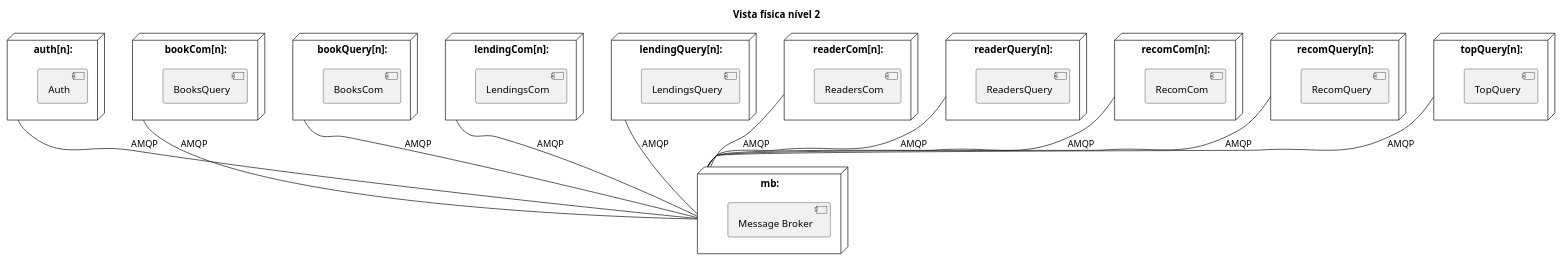
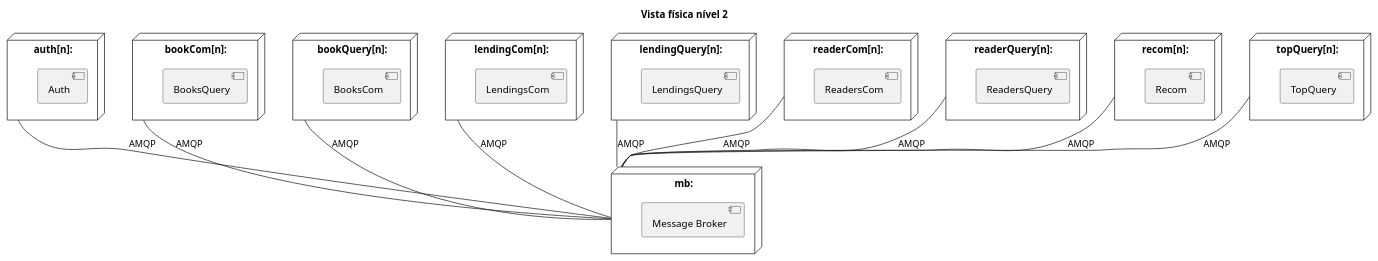
Before and after one commit to GitHubCatarina/SIDIS: the diagram in Docs/Design/Entrega3/Vistas Físicas/Nível 2/Nivel2.puml, drawn with PlantUML. The commit also changed 3 other files, not shown here.

```diff
--- a/Docs/Design/Entrega3/Vistas Físicas/Nível 2/Nivel2.puml
+++ b/Docs/Design/Entrega3/Vistas Físicas/Nível 2/Nivel2.puml
@@ -1,65 +1,60 @@
 @startuml
  'https://plantuml.com/class-diagram
 
 title Vista física nível 2
 
  hide circle
  skinparam classAttributeIconSize 0
 
 node "mb:" as messageBroker {
     [Message Broker]
 }
 
 node "auth[n]:" as auth {
     [Auth]
 }
 
 node "bookCom[n]:" as bookCom {
     [BooksQuery]
 }
 
 node "bookQuery[n]:" as bookQuery {
     [BooksCom]
 }
 
 node "lendingCom[n]:" as lendingCom {
     [LendingsCom]
 }
 
 node "lendingQuery[n]:" as lendingQuery {
     [LendingsQuery]
 }
 
 node "readerCom[n]:" as readerCom {
     [ReadersCom]
 }
 
 node "readerQuery[n]:" as readerQuery {
     [ReadersQuery]
 }
 
-node "recomCom[n]:" as recomCom {
-    [RecomCom]
-}
-
-node "recomQuery[n]:" as recomQuery {
-    [RecomQuery]
+node "recom[n]:" as recom {
+    [Recom]
 }
 
 node "topQuery[n]:" as top {
     [TopQuery]
 }
 
 
 auth -- messageBroker : AMQP
 bookCom -- messageBroker : AMQP
 bookQuery -- messageBroker : AMQP
 lendingCom -- messageBroker : AMQP
 lendingQuery -- messageBroker : AMQP
 readerCom -- messageBroker : AMQP
 readerQuery -- messageBroker : AMQP
-recomCom -- messageBroker : AMQP
-recomQuery -- messageBroker : AMQP
+recom -- messageBroker : AMQP
 top -- messageBroker : AMQP
 
 @enduml
```
